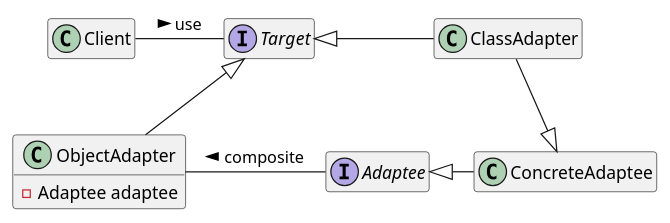
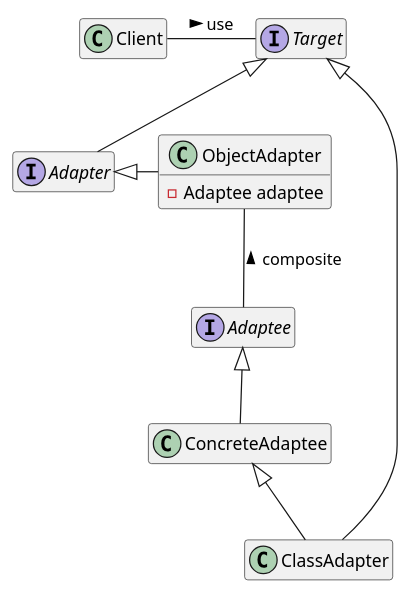
Before and after one commit to gama79530/DesignPattern: the diagram in AdapterPattern/AdapterPattern.puml, drawn with PlantUML. The commit also changed 2 other files, not shown here.

```diff
--- a/AdapterPattern/AdapterPattern.puml
+++ b/AdapterPattern/AdapterPattern.puml
@@ -1,30 +1,33 @@
 @startuml AdapterPattern
 hide empty members
 
 class Client{
 }
 
 interface Target{
 }
 
+interface Adapter{
+}
+
+interface Adaptee{
+}
+
 class ObjectAdapter{
     - Adaptee adaptee
 }
 
 class ClassAdapter{
 }
 
-interface Adaptee{
-}
-
 class ConcreteAdaptee{
 }
 
 Client -right- Target: > use
-Target <|-down- ObjectAdapter
-ObjectAdapter -right- Adaptee: < composite
+Target <|-down- Adapter
+Adapter <|-right- ObjectAdapter
+Adaptee <|-down-ConcreteAdaptee
 Target <|-right- ClassAdapter
-Adaptee <|-right- ConcreteAdaptee
-ConcreteAdaptee <|-up- ClassAdapter
-
+ConcreteAdaptee <|-- ClassAdapter
+ObjectAdapter -- Adaptee: < composite
 @enduml
```
